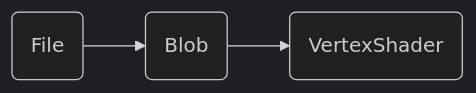
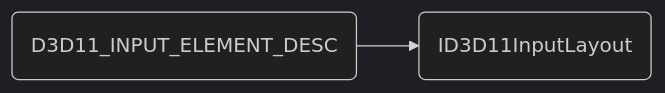
Before and after one commit to pw1316/pw1316.github.io: the fourth of 5 diagrams in _posts/2018-05-29-DX11Note.md, drawn with Mermaid (dark theme). The commit also changed other lines of this file and 1 other file, not shown here.

````diff
--- a/_posts/2018-05-29-DX11Note.md
+++ b/_posts/2018-05-29-DX11Note.md
@@ -104,5 +84,4 @@
 ```mermaid
 graph LR
-A(File)-->B(Blob)
-B-->C(VertexShader)
+A(D3D11_INPUT_ELEMENT_DESC)-->B(ID3D11InputLayout)
 ```
````
